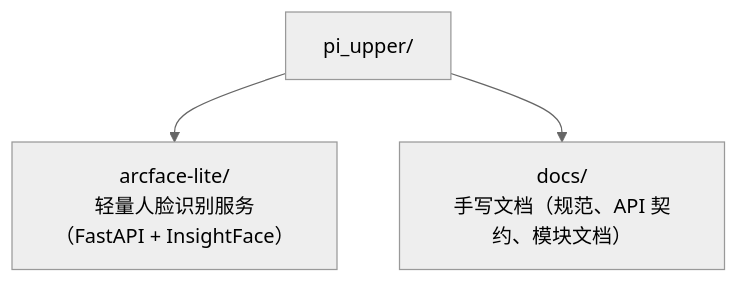
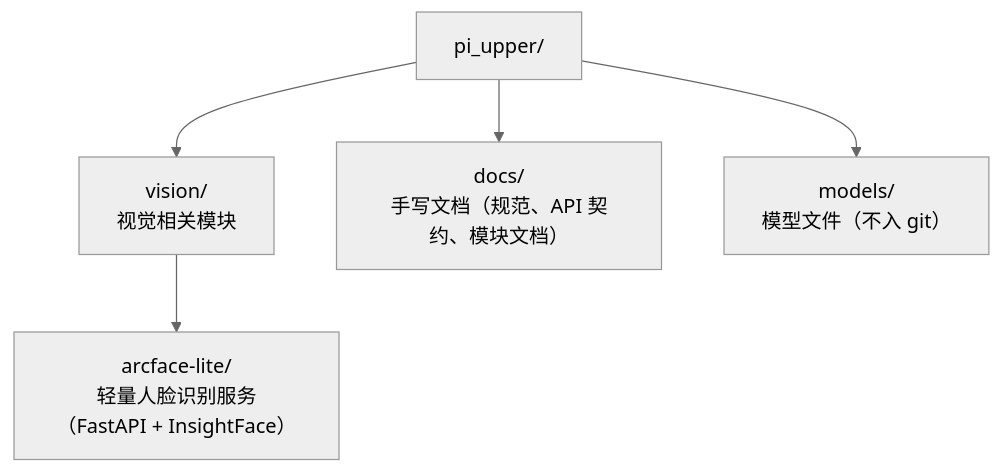
One commit to Louis-24000614/pi_upper changed the diagram in docs/architecture/layout.md. Above: the diagram before and after it, drawn with Mermaid (neutral theme). The commit also changed other lines of this file and 12 other files, not shown here.

Commit message:
refactor: move arcface-lite under vision/ directory

````diff
--- a/docs/architecture/layout.md
+++ b/docs/architecture/layout.md
@@ -5,6 +5,8 @@
 ```mermaid
 flowchart TD
   root["pi_upper/"]
-  root --> af["arcface-lite/<br/>轻量人脸识别服务（FastAPI + InsightFace）"]
+  root --> vision["vision/<br/>视觉相关模块"]
+  vision --> af["arcface-lite/<br/>轻量人脸识别服务（FastAPI + InsightFace）"]
   root --> docs["docs/<br/>手写文档（规范、API 契约、模块文档）"]
+  root --> models["models/<br/>模型文件（不入 git）"]
 ```
````
